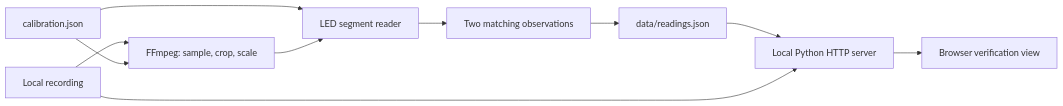
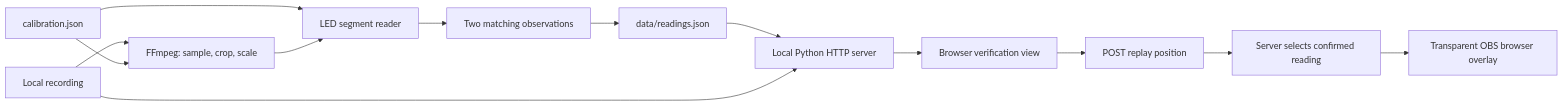
One commit to rasmusleth/livestream changed the first of 2 diagrams in docs/architecture.md. Above: the diagram before and after it, drawn with Mermaid. The commit also changed other lines of this file and 15 other files, not shown here.

First line of the commit message:
Add a transparent OBS scoreboard overlay for recorded playback (#3)

````diff
--- a/docs/architecture.md
+++ b/docs/architecture.md
@@ -11,12 +11,15 @@
 ```mermaid
 flowchart LR
     Video[Local recording] --> Decode[FFmpeg: sample, crop, scale]
     Calibration[calibration.json] --> Decode
     Calibration --> Reader[LED segment reader]
     Decode --> Reader
     Reader --> Confirm[Two matching observations]
     Confirm --> Data[data/readings.json]
     Data --> Server[Local Python HTTP server]
     Video --> Server
     Server --> View[Browser verification view]
+    View --> Position[POST replay position]
+    Position --> Shared[Server selects confirmed reading]
+    Shared --> Overlay[Transparent OBS browser overlay]
 ```
````
